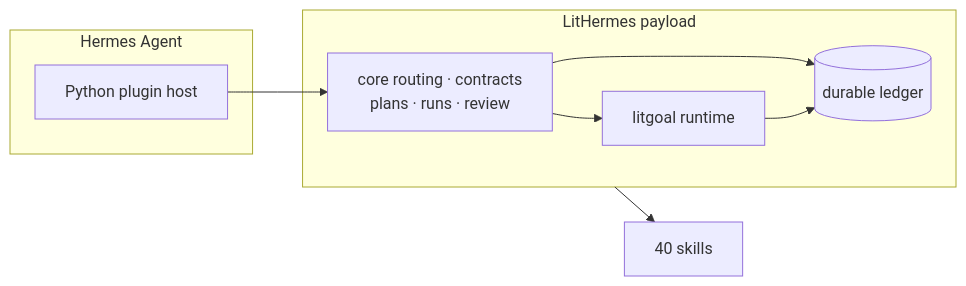
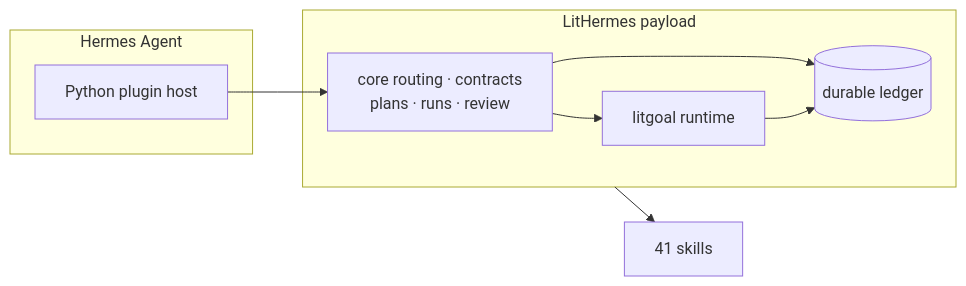
One commit to wjgoarxiv/lithermes changed the second of 3 diagrams in docs/guide.ko.md. Above: the diagram before and after it, drawn with Mermaid. The commit also changed other lines of this file and 16 other files, not shown here.

Commit message:
docs(readme): show ultra-brainstorm and lit-team in the core diagram, describe the verdict card and plan goals, and drop the lit-recap entry

````diff
--- a/docs/guide.ko.md
+++ b/docs/guide.ko.md
@@ -92,14 +92,14 @@
 ```mermaid
 flowchart LR
     subgraph HM["Hermes Agent"]
         PY["Python plugin host"]
     end
     subgraph LH["LitHermes payload"]
         CORE["core routing · contracts<br/>plans · runs · review"]
         GOAL["litgoal runtime"]
         LEDGER[("durable ledger")]
     end
     PY --> CORE --> LEDGER
     CORE --> GOAL --> LEDGER
-    LH --> S["40 skills"]
+    LH --> S["41 skills"]
 ```
````
